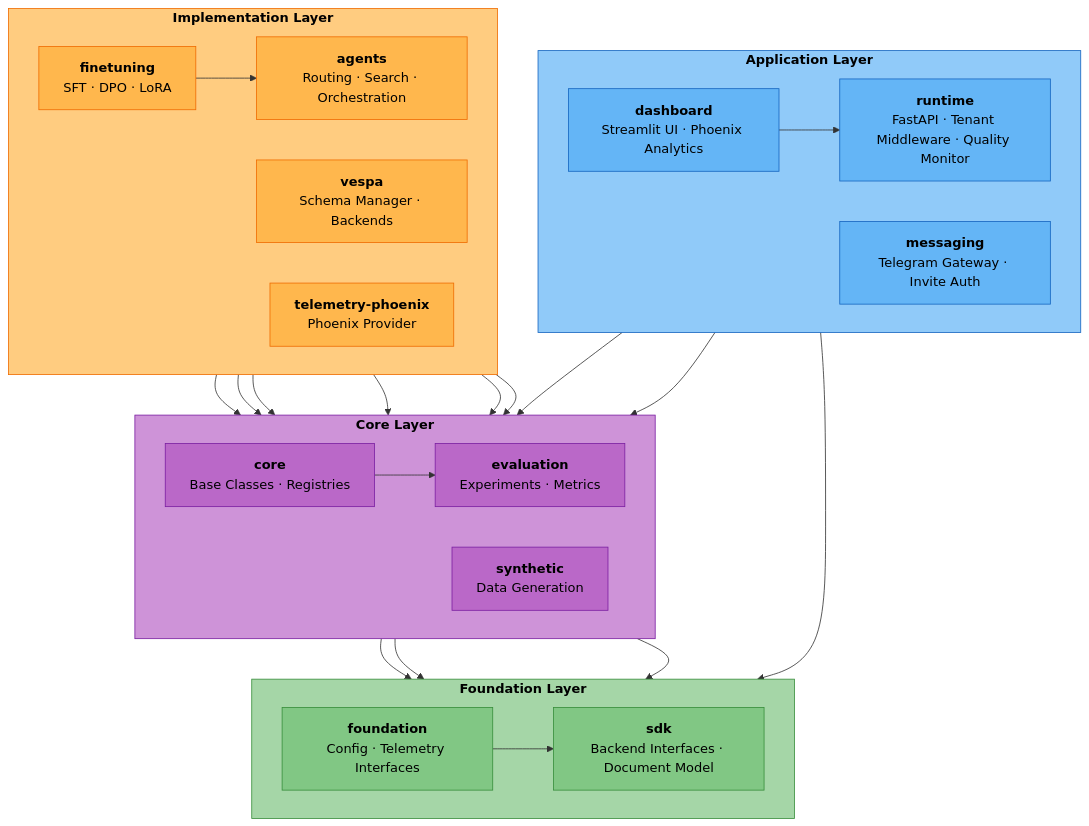
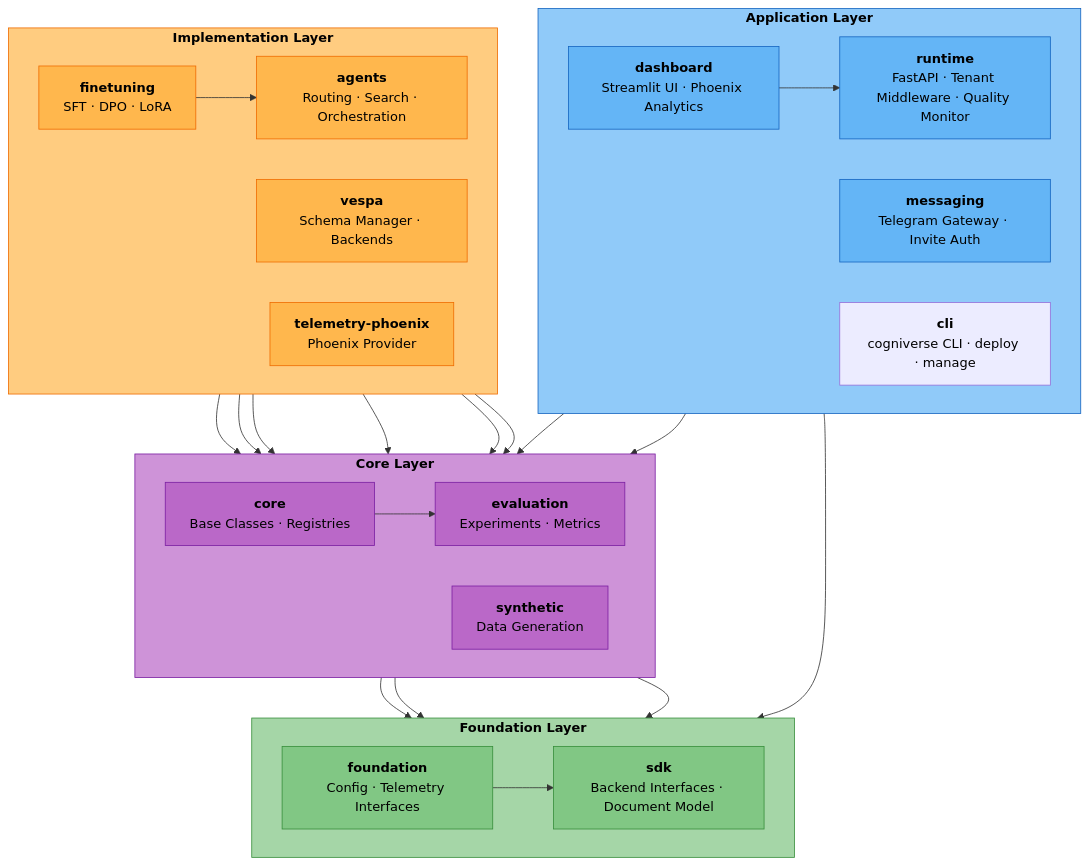
Before and after one commit to amit-jain/cogniverse: the first of 6 diagrams in docs/architecture/overview.md, drawn with Mermaid. The commit also changed other lines of this file and 56 other files, not shown here.

````diff
--- a/docs/architecture/overview.md
+++ b/docs/architecture/overview.md
@@ -155,70 +173,71 @@
 ```mermaid
 flowchart TB
     subgraph Application["<span style='color:#000'><b>Application Layer</b></span>"]
         direction LR
         dashboard["<span style='color:#000'><b>dashboard</b><br/>Streamlit UI · Phoenix Analytics</span>"]
         runtime["<span style='color:#000'><b>runtime</b><br/>FastAPI · Tenant Middleware · Quality Monitor</span>"]
         messaging["<span style='color:#000'><b>messaging</b><br/>Telegram Gateway · Invite Auth</span>"]
+        cli["<span style='color:#000'><b>cli</b><br/>cogniverse CLI · deploy · manage</span>"]
     end
 
     subgraph Implementation["<span style='color:#000'><b>Implementation Layer</b></span>"]
         direction LR
         agents["<span style='color:#000'><b>agents</b><br/>Routing · Search · Orchestration</span>"]
         vespa["<span style='color:#000'><b>vespa</b><br/>Schema Manager · Backends</span>"]
         finetuning["<span style='color:#000'><b>finetuning</b><br/>SFT · DPO · LoRA</span>"]
         telemetry["<span style='color:#000'><b>telemetry-phoenix</b><br/>Phoenix Provider</span>"]
     end
 
     subgraph Core["<span style='color:#000'><b>Core Layer</b></span>"]
         direction LR
         core["<span style='color:#000'><b>core</b><br/>Base Classes · Registries</span>"]
         evaluation["<span style='color:#000'><b>evaluation</b><br/>Experiments · Metrics</span>"]
         synthetic["<span style='color:#000'><b>synthetic</b><br/>Data Generation</span>"]
     end
 
     subgraph Foundation["<span style='color:#000'><b>Foundation Layer</b></span>"]
         direction LR
         foundation["<span style='color:#000'><b>foundation</b><br/>Config · Telemetry Interfaces</span>"]
         sdk["<span style='color:#000'><b>sdk</b><br/>Backend Interfaces · Document Model</span>"]
     end
 
     dashboard --> runtime
     dashboard --> evaluation
     runtime --> core
     messaging --> foundation
 
     agents --> core
     agents --> synthetic
     vespa --> core
     finetuning --> agents
     finetuning --> synthetic
     telemetry --> core
     telemetry --> evaluation
 
     core --> evaluation
     core --> foundation
     evaluation --> foundation
     synthetic --> sdk
     foundation --> sdk
 
     style Application fill:#90caf9,stroke:#1565c0,color:#000
     style Implementation fill:#ffcc80,stroke:#ef6c00,color:#000
     style Core fill:#ce93d8,stroke:#7b1fa2,color:#000
     style Foundation fill:#a5d6a7,stroke:#388e3c,color:#000
 
     style dashboard fill:#64b5f6,stroke:#1565c0,color:#000
     style runtime fill:#64b5f6,stroke:#1565c0,color:#000
     style messaging fill:#64b5f6,stroke:#1565c0,color:#000
 
     style agents fill:#ffb74d,stroke:#ef6c00,color:#000
     style vespa fill:#ffb74d,stroke:#ef6c00,color:#000
     style finetuning fill:#ffb74d,stroke:#ef6c00,color:#000
     style telemetry fill:#ffb74d,stroke:#ef6c00,color:#000
 
     style evaluation fill:#ba68c8,stroke:#7b1fa2,color:#000
     style core fill:#ba68c8,stroke:#7b1fa2,color:#000
     style synthetic fill:#ba68c8,stroke:#7b1fa2,color:#000
 
     style foundation fill:#81c784,stroke:#388e3c,color:#000
     style sdk fill:#81c784,stroke:#388e3c,color:#000
 ```
````
